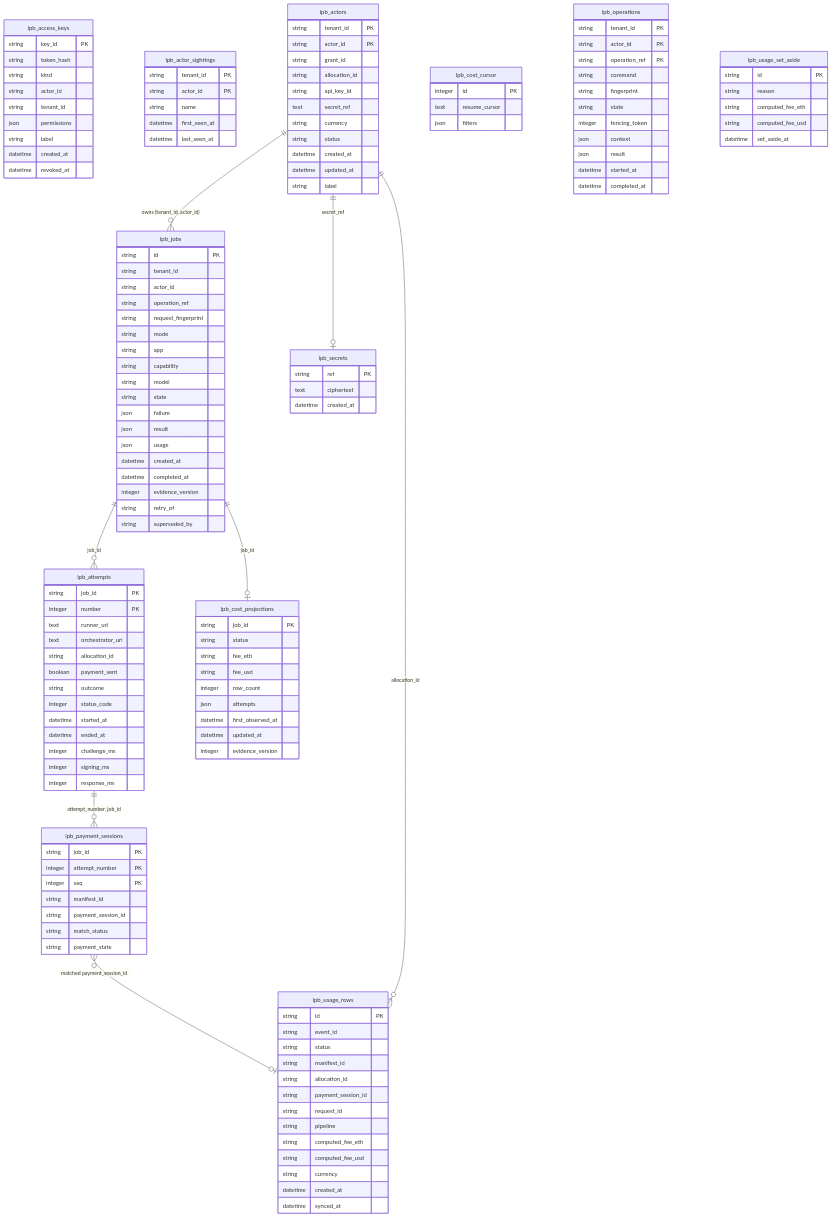
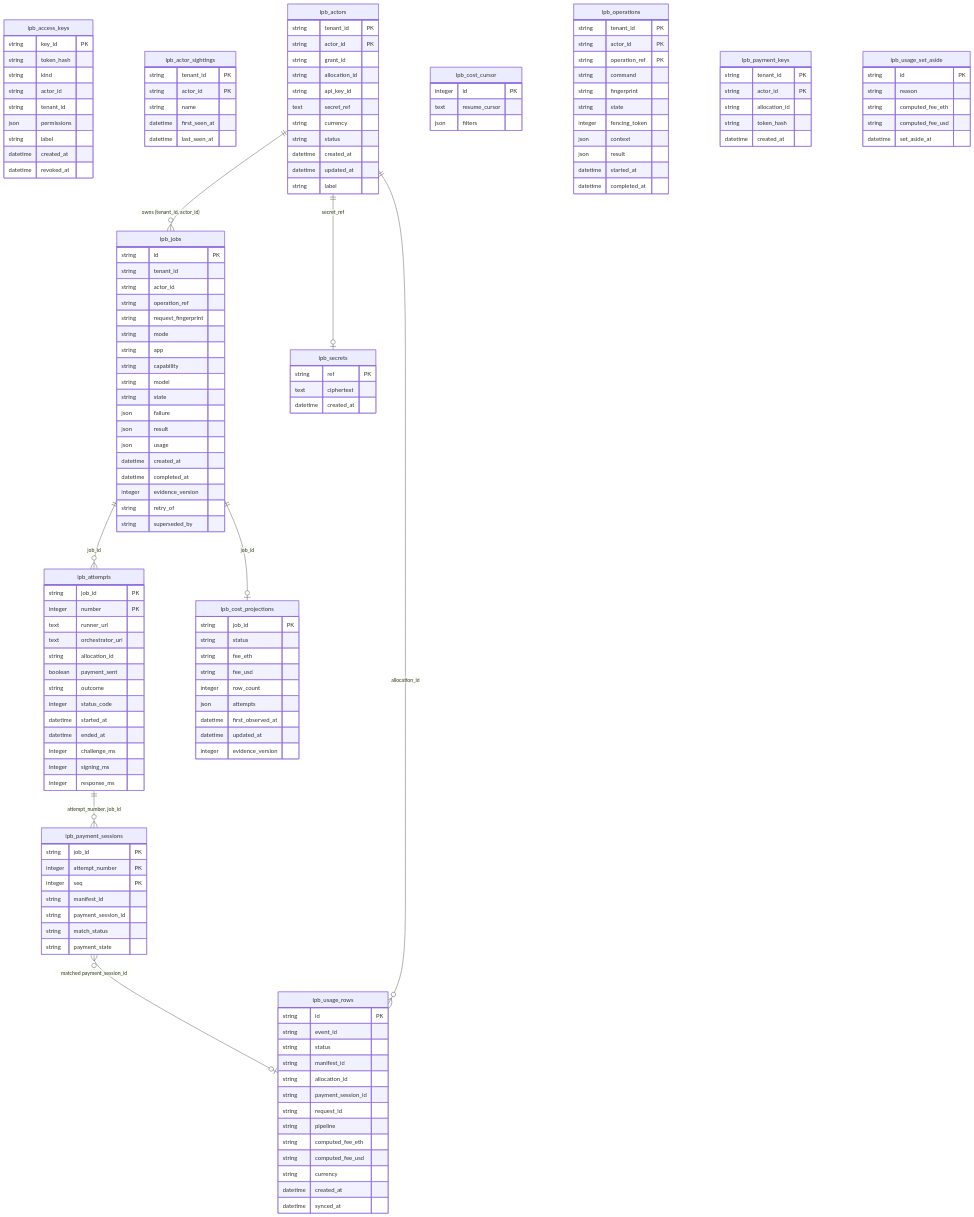
Before and after one commit to NE-Build-Track/livepeer-builder-core: the diagram in docs/generated/db-schema.md, drawn with Mermaid. The commit also changed other lines of this file and 32 other files, not shown here.

```diff
--- a/docs/generated/db-schema.md
+++ b/docs/generated/db-schema.md
@@ -102,6 +102,13 @@
         datetime started_at
         datetime completed_at
     }
+    lpb_payment_keys {
+        string tenant_id PK
+        string actor_id PK
+        string allocation_id
+        string token_hash
+        datetime created_at
+    }
     lpb_payment_sessions {
         string job_id PK
         integer attempt_number PK
```
